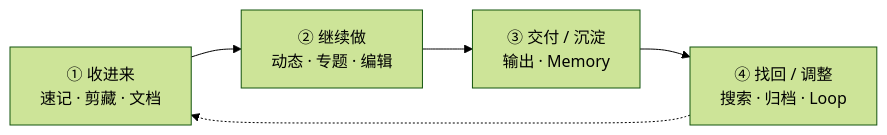
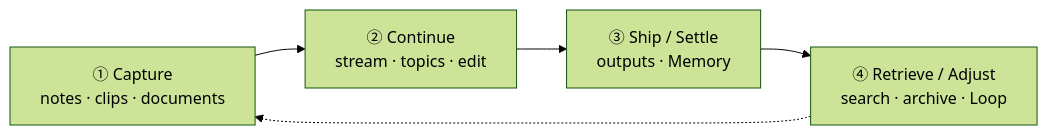
Before and after one commit to topmindspace/topmind: the diagram in README.md, drawn with Mermaid (forest theme). The commit also changed other lines of this file and 36 other files, not shown here.

````diff
--- a/README.md
+++ b/README.md
@@ -132,7 +131,7 @@
 ```mermaid
 flowchart LR
-  A["① 收进来<br/>速记 · 剪藏 · 文档"] --> B["② 继续做<br/>动态 · 专题 · 编辑"]
-  B --> C["③ 交付 / 沉淀<br/>输出 · Memory"]
-  C --> D["④ 找回 / 调整<br/>搜索 · 归档 · Loop"]
+  A["① Capture<br/>notes · clips · documents"] --> B["② Continue<br/>stream · topics · edit"]
+  B --> C["③ Ship / Settle<br/>outputs · Memory"]
+  C --> D["④ Retrieve / Adjust<br/>search · archive · Loop"]
   D -.-> A
 ```
````
